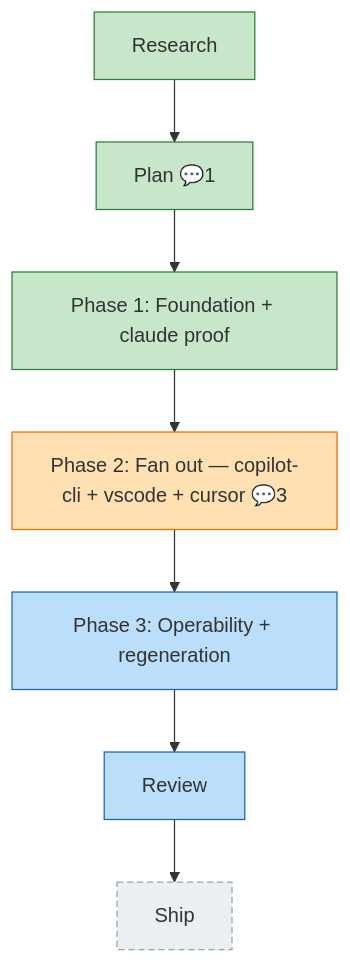
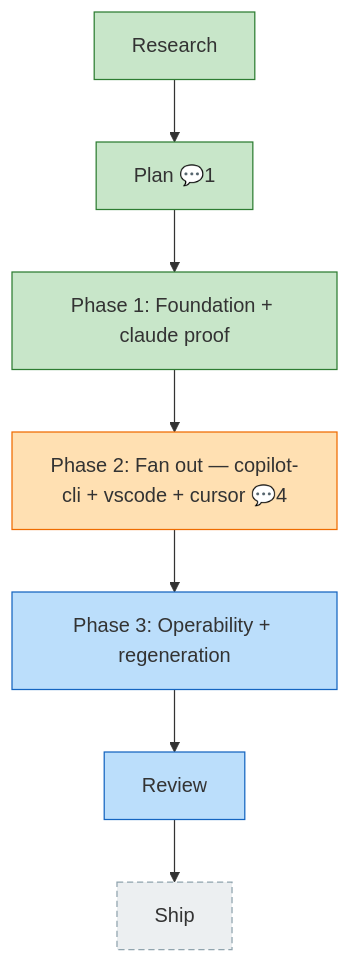
One commit to AI-Substrate/harness-engineering changed the diagram in docs/plans/037-telemetry-fixture-corpus/the-flow.md. Above: the diagram before and after it, drawn with Mermaid. The commit also changed other lines of this file and 2 other files, not shown here.

First line of the commit message:
chore(037): Phase 2 complete — flight plan -> phase-3 + drained copilot-cli retro

````diff
--- a/docs/plans/037-telemetry-fixture-corpus/the-flow.md
+++ b/docs/plans/037-telemetry-fixture-corpus/the-flow.md
@@ -8,30 +8,30 @@
 ```mermaid
 flowchart TD
     ship["Ship"]:::assumed
     plan["Plan 💬1"]:::done
     research["Research"]:::done
     phase_1["Phase 1: Foundation + claude proof"]:::done
-    phase_2["Phase 2: Fan out — copilot-cli + vscode + cursor 💬3"]:::wip
+    phase_2["Phase 2: Fan out — copilot-cli + vscode + cursor 💬4"]:::wip
     phase_3["Phase 3: Operability + regeneration"]:::known
     review["Review"]:::known
 
     plan --> phase_1
     research --> plan
     phase_1 --> phase_2
     phase_2 --> phase_3
     phase_3 --> review
     review --> ship
 
     classDef done fill:#C8E6C9,stroke:#2E7D32;
     classDef wip fill:#FFE0B2,stroke:#EF6C00;
     classDef blocked fill:#FFCDD2,stroke:#C62828;
     classDef known fill:#BBDEFB,stroke:#1565C0;
     classDef assumed fill:#ECEFF1,stroke:#90A4AE,stroke-dasharray:5 3;
     classDef said fill:#FFF9C4,stroke:#F9A825;
     classDef harness fill:#EDE7F6,stroke:#673AB7;
     classDef decision fill:#FFF3E0,stroke:#FB8C00,stroke-dasharray:2 2;
     classDef companion fill:#D1C4E9,stroke:#5E35B1;
     classDef worker fill:#B2DFDB,stroke:#00897B;
     classDef chore fill:#E0F2F1,stroke:#00897B,stroke-dasharray:3 2;
     classDef unknown fill:#FAFAFA,stroke:#BDBDBD,stroke-dasharray:1 4;
 ```
````
